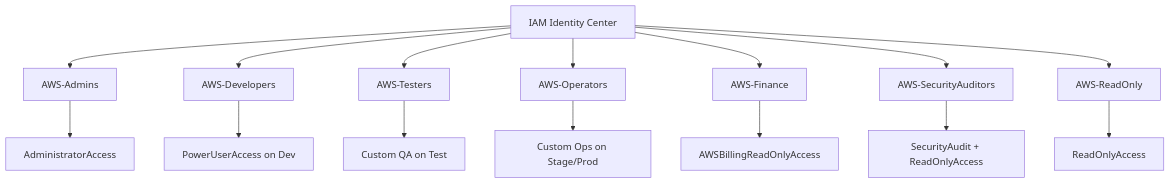
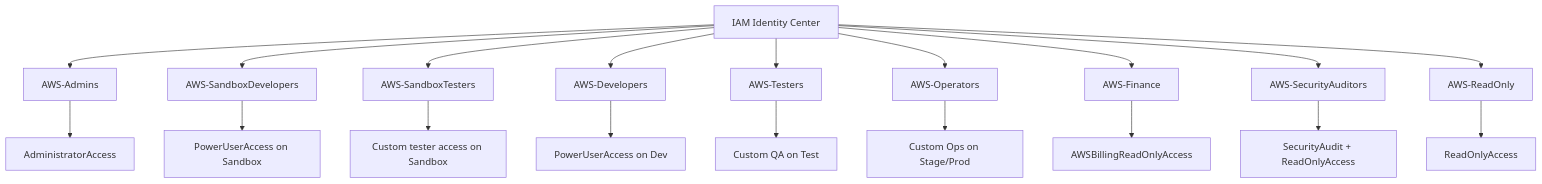
One commit to ddingpy/myblog changed diagram 16 of 16 in _posts/devops/2026-05-02-aws-account-access-guide-admin-developer-tester-operator-finance-auditor-cicd.md. Above: the diagram before and after it, drawn with Mermaid. The commit also changed other lines of this file, not shown here.

Commit message:
Add sandbox IAM Identity Center guidance

````diff
--- a/_posts/devops/2026-05-02-aws-account-access-guide-admin-developer-tester-operator-finance-auditor-cicd.md
+++ b/_posts/devops/2026-05-02-aws-account-access-guide-admin-developer-tester-operator-finance-auditor-cicd.md
@@ -1793,18 +2005,22 @@
 ```mermaid
 flowchart TD
     IC[IAM Identity Center] --> Admins[AWS-Admins]
+    IC --> SandboxDevs[AWS-SandboxDevelopers]
+    IC --> SandboxTesters[AWS-SandboxTesters]
     IC --> Devs[AWS-Developers]
     IC --> Testers[AWS-Testers]
     IC --> Ops[AWS-Operators]
     IC --> Finance[AWS-Finance]
     IC --> Auditors[AWS-SecurityAuditors]
     IC --> ReadOnly[AWS-ReadOnly]
 
     Admins --> AdminPS[AdministratorAccess]
+    SandboxDevs --> SandboxDevPS[PowerUserAccess on Sandbox]
+    SandboxTesters --> SandboxTestPS[Custom tester access on Sandbox]
     Devs --> DevPS[PowerUserAccess on Dev]
     Testers --> TestPS[Custom QA on Test]
     Ops --> OpsPS[Custom Ops on Stage/Prod]
     Finance --> FinancePS[AWSBillingReadOnlyAccess]
     Auditors --> AuditPS[SecurityAudit + ReadOnlyAccess]
     ReadOnly --> ReadOnlyPS[ReadOnlyAccess]
 ```
````
